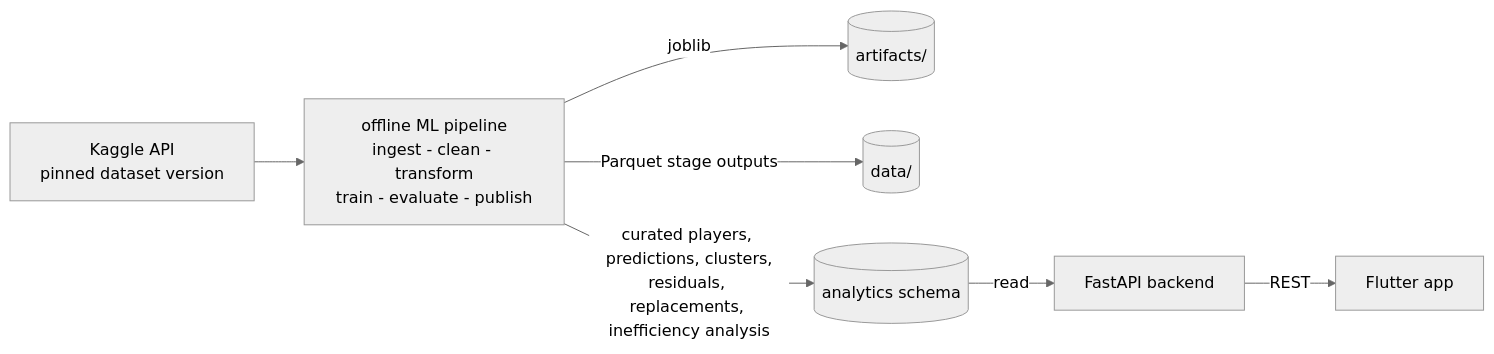
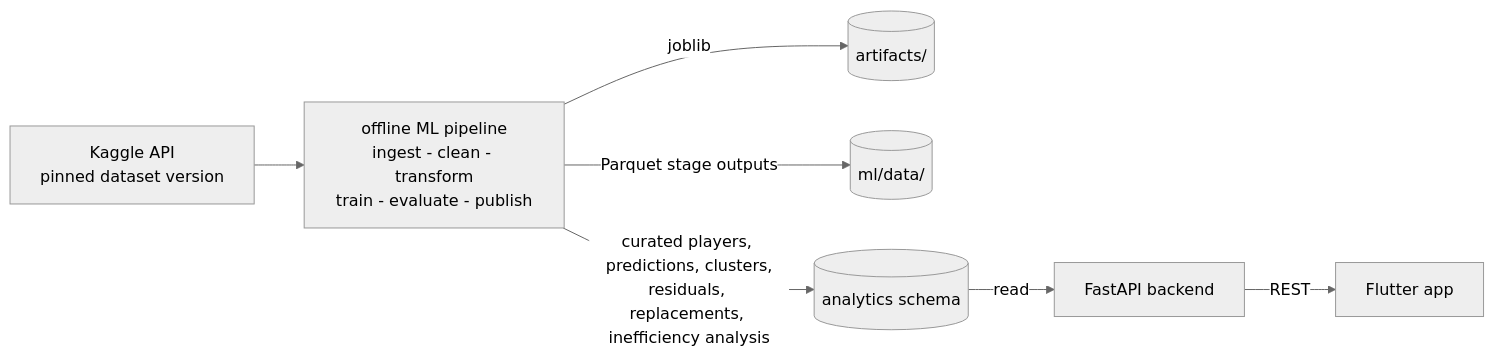
The second of 4 diagrams in docs/ARCHITECTURE.md (GustavoVaAsc/DelphosFootball), drawn with Mermaid (neutral theme) before and after one commit. The commit also changed other lines of this file and 5 other files, not shown here.

````diff
--- a/docs/ARCHITECTURE.md
+++ b/docs/ARCHITECTURE.md
@@ -207,9 +207,9 @@
 ```mermaid
 flowchart LR
     DS["Kaggle API<br/>pinned dataset version"] --> P[offline ML pipeline<br/>ingest - clean - transform<br/>train - evaluate - publish]
     P -->|joblib| ART[(artifacts/)]
-    P -->|"Parquet stage outputs"| DATA[("data/")]
+    P -->|"Parquet stage outputs"| DATA[("ml/data/")]
     P -->|"curated players, predictions, clusters,<br/>residuals, replacements, inefficiency analysis"| AN[("analytics schema")]
     AN -->|read| API[FastAPI backend]
     API -->|REST| UI[Flutter app]
 ```
````
